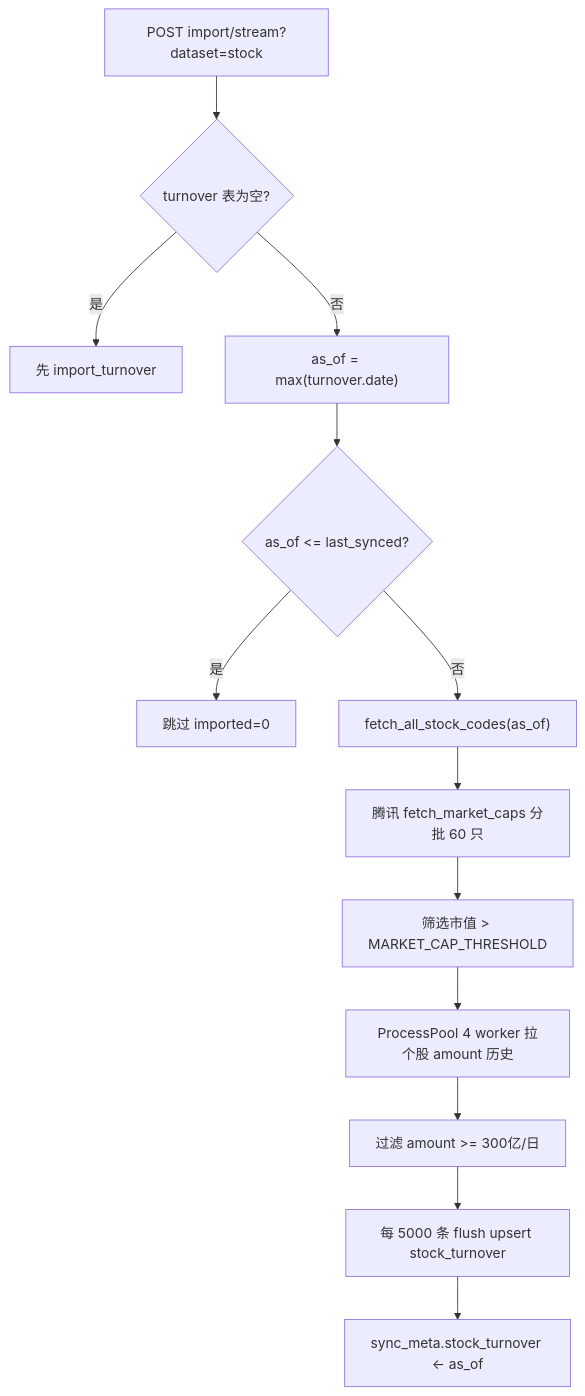
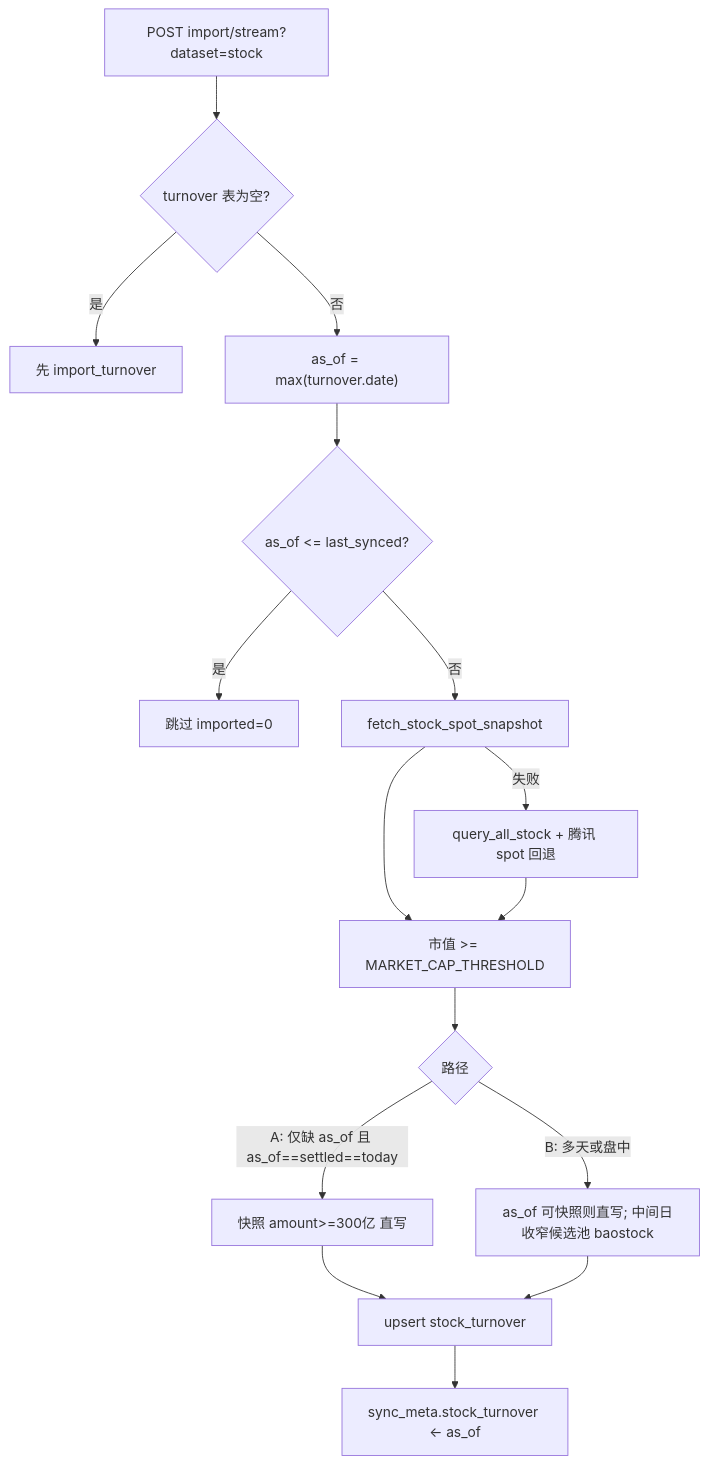
Before and after one commit to gunerguner/Astock: the fourth of 7 diagrams in .agents/skills/astock/references/external-data.md, drawn with Mermaid. The commit also changed other lines of this file and 10 other files, not shown here.

````diff
--- a/.agents/skills/astock/references/external-data.md
+++ b/.agents/skills/astock/references/external-data.md
@@ -263,15 +264,18 @@
 ```mermaid
 flowchart TD
   A["POST import/stream?dataset=stock"] --> B{turnover 表为空?}
   B -->|是| C["先 import_turnover"]
   B -->|否| D["as_of = max(turnover.date)"]
   D --> E{as_of <= last_synced?}
   E -->|是| Z["跳过 imported=0"]
-  E -->|否| F["fetch_all_stock_codes(as_of)"]
-  F --> G["腾讯 fetch_market_caps 分批 60 只"]
-  G --> H["筛选市值 > MARKET_CAP_THRESHOLD"]
-  H --> I["ProcessPool 4 worker 拉个股 amount 历史"]
-  I --> J["过滤 amount >= 300亿/日"]
-  J --> K["每 5000 条 flush upsert stock_turnover"]
+  E -->|否| F["fetch_stock_spot_snapshot"]
+  F -->|失败| F2["query_all_stock + 腾讯 spot 回退"]
+  F --> G["市值 >= MARKET_CAP_THRESHOLD"]
+  F2 --> G
+  G --> H{路径}
+  H -->|"A: 仅缺 as_of 且 as_of==settled==today"| I["快照 amount>=300亿 直写"]
+  H -->|"B: 多天或盘中"| J["as_of 可快照则直写; 中间日收窄候选池 baostock"]
+  I --> K["upsert stock_turnover"]
+  J --> K
   K --> L["sync_meta.stock_turnover ← as_of"]
 ```
````
